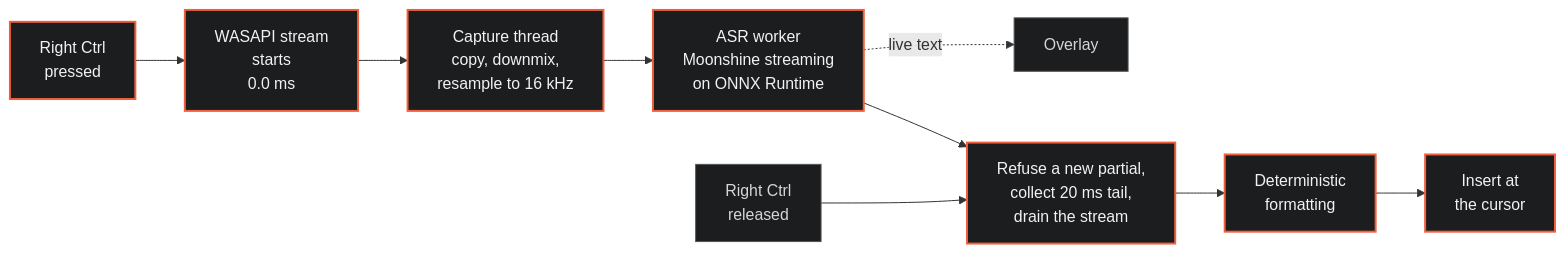
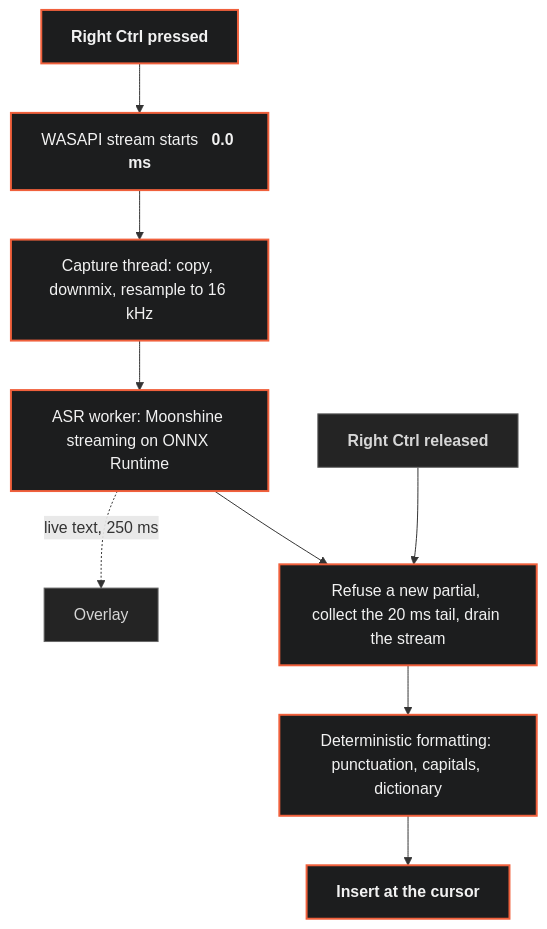
Before and after one commit to A-Snegin/flow-dictation: the first of 2 diagrams in README.md, drawn with Mermaid. The commit also changed other lines of this file, not shown here.

Commit message:
README: reorient the diagrams for GitHub's column width
The critical path was left to right, which GitHub renders at a fraction
of the size to fit the README column, and the thread diagram was top to
bottom, which stacked three subgraphs into a tall strip. Swapped: the
path reads down the column at full size, the threads read across.

````diff
--- a/README.md
+++ b/README.md
@@ -99,16 +99,16 @@
 ```mermaid
-flowchart LR
-    K["Right Ctrl<br/>pressed"] --> A["WASAPI stream<br/>starts<br/>0.0 ms"]
-    A --> C["Capture thread<br/>copy, downmix,<br/>resample to 16 kHz"]
-    C --> S["ASR worker<br/>Moonshine streaming<br/>on ONNX Runtime"]
-    S -.->|"live text"| O["Overlay"]
-    K2["Right Ctrl<br/>released"] --> F["Refuse a new partial,<br/>collect 20 ms tail,<br/>drain the stream"]
+flowchart TB
+    K["<b>Right Ctrl pressed</b>"] --> A["WASAPI stream starts &nbsp; <b>0.0 ms</b>"]
+    A --> C["Capture thread: copy, downmix, resample to 16 kHz"]
+    C --> S["ASR worker: Moonshine streaming on ONNX Runtime"]
+    S -.->|"live text, 250 ms"| O["Overlay"]
     S --> F
-    F --> P["Deterministic<br/>formatting"]
-    P --> I["Insert at<br/>the cursor"]
+    K2["<b>Right Ctrl released</b>"] --> F["Refuse a new partial, collect the 20 ms tail, drain the stream"]
+    F --> P["Deterministic formatting: punctuation, capitals, dictionary"]
+    P --> I["<b>Insert at the cursor</b>"]
 
     classDef hot fill:#1c1d1e,stroke:#f0603c,stroke-width:2px,color:#f2f2f2
-    classDef warm fill:#1c1d1e,stroke:#555555,color:#d6d6d6
+    classDef warm fill:#242424,stroke:#666666,color:#d6d6d6
     class K,A,C,S,F,P,I hot
     class O,K2 warm
 ```
````
